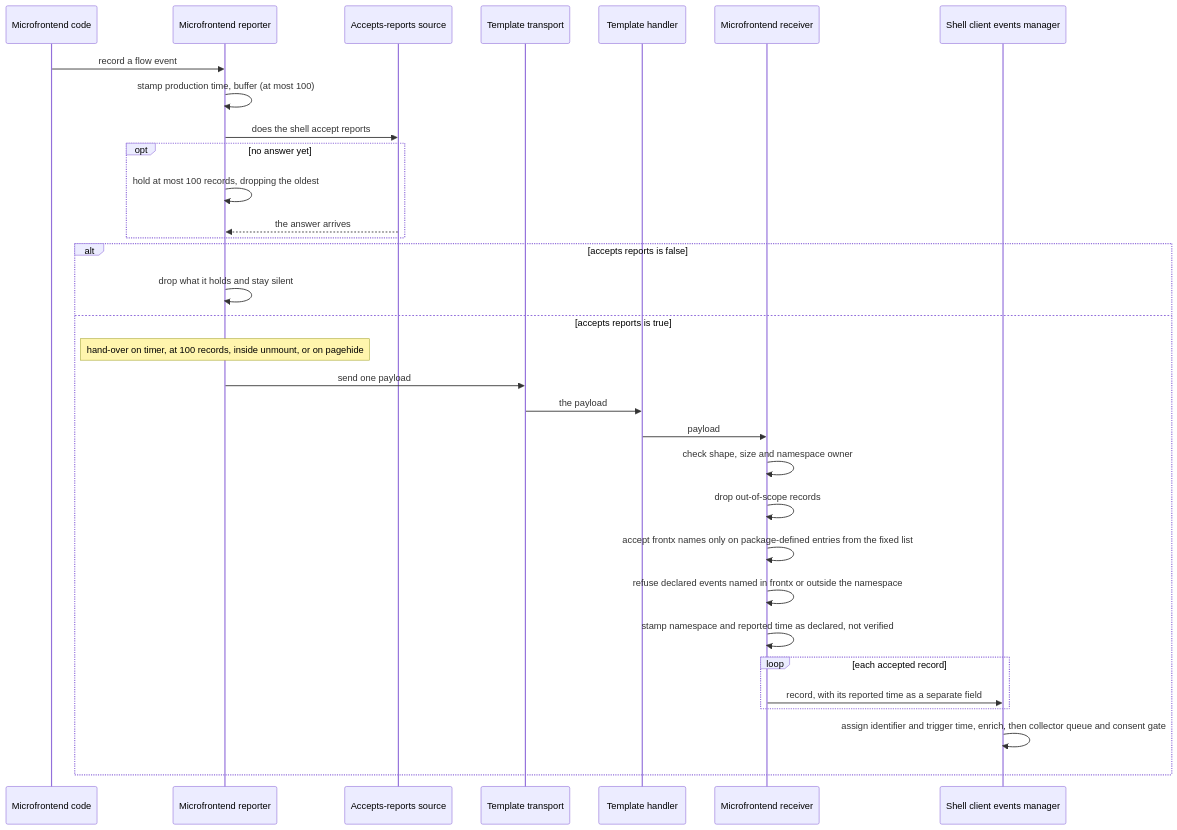
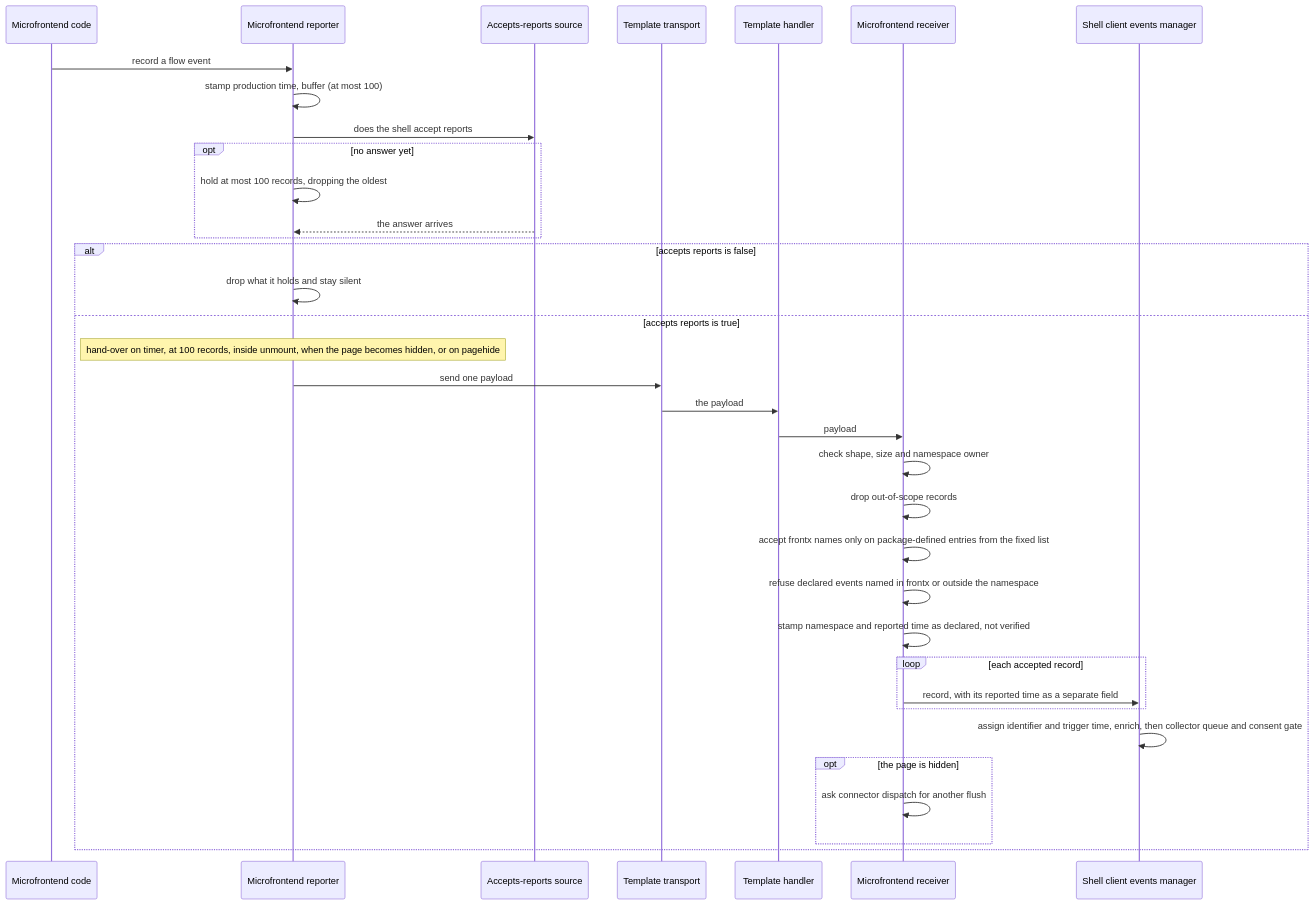
Before and after one commit to tscbmstubp/gears-frontx: the sixth of 8 diagrams in packages/telemetry/architecture/DESIGN.md, drawn with Mermaid. The commit also changed other lines of this file, not shown here.

First line of the commit message:
docs(telemetry): give connectors a reliable last flush on page close

````diff
--- a/packages/telemetry/architecture/DESIGN.md
+++ b/packages/telemetry/architecture/DESIGN.md
@@ -1049,34 +1052,37 @@
 ```mermaid
 sequenceDiagram
     participant Mfe as Microfrontend code
     participant Rep as Microfrontend reporter
     participant State as Accepts-reports source
     participant Rt as Template transport
     participant H as Template handler
     participant Rcv as Microfrontend receiver
     participant Ev as Shell client events manager
     Mfe->>Rep: record a flow event
     Rep->>Rep: stamp production time, buffer (at most 100)
     Rep->>State: does the shell accept reports
     opt no answer yet
         Rep->>Rep: hold at most 100 records, dropping the oldest
         State-->>Rep: the answer arrives
     end
     alt accepts reports is false
         Rep->>Rep: drop what it holds and stay silent
     else accepts reports is true
-        Note over Rep: hand-over on timer, at 100 records, inside unmount, or on pagehide
+        Note over Rep: hand-over on timer, at 100 records, inside unmount, when the page becomes hidden, or on pagehide
         Rep->>Rt: send one payload
         Rt->>H: the payload
         H->>Rcv: payload
         Rcv->>Rcv: check shape, size and namespace owner
         Rcv->>Rcv: drop out-of-scope records
         Rcv->>Rcv: accept frontx names only on package-defined entries from the fixed list
         Rcv->>Rcv: refuse declared events named in frontx or outside the namespace
         Rcv->>Rcv: stamp namespace and reported time as declared, not verified
         loop each accepted record
             Rcv->>Ev: record, with its reported time as a separate field
         end
         Ev->>Ev: assign identifier and trigger time, enrich, then collector queue and consent gate
+        opt the page is hidden
+            Rcv->>Rcv: ask connector dispatch for another flush
+        end
     end
 ```
````
